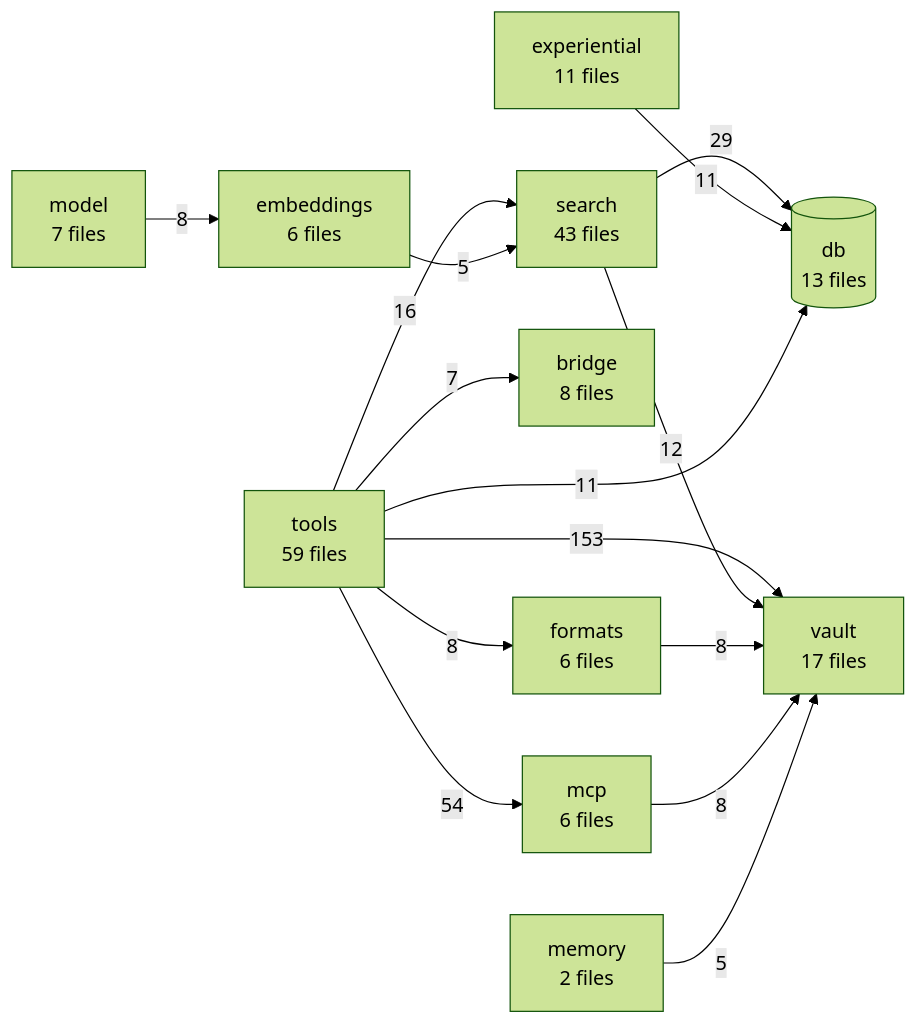
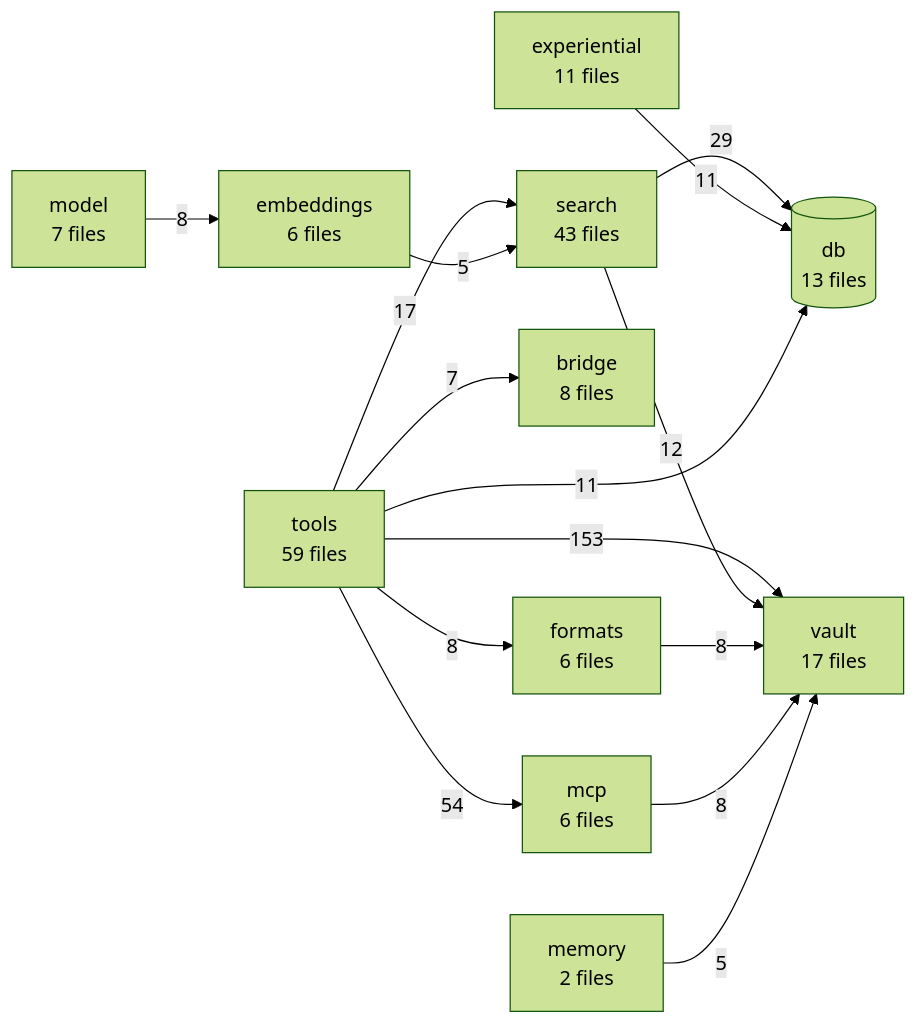
One commit to The-40-Thieves/obsidian-tc changed the diagram in TREE.md. Above: the diagram before and after it, drawn with Mermaid (forest theme). The commit also changed other lines of this file and 3 other files, not shown here.

````diff
--- a/TREE.md
+++ b/TREE.md
@@ -205,29 +205,29 @@
 ```mermaid
 flowchart LR
   tools[tools<br/>59 files]
   search[search<br/>43 files]
   vault[vault<br/>17 files]
   db[(db<br/>13 files)]
   experiential[experiential<br/>11 files]
   bridge[bridge<br/>8 files]
   model[model<br/>7 files]
   embeddings[embeddings<br/>6 files]
   formats[formats<br/>6 files]
   mcp[mcp<br/>6 files]
   memory[memory<br/>2 files]
 
   tools -->|153| vault
   tools -->|54| mcp
   search -->|29| db
-  tools -->|16| search
+  tools -->|17| search
   search -->|12| vault
   experiential -->|11| db
   tools -->|11| db
   formats -->|8| vault
   mcp -->|8| vault
   model -->|8| embeddings
   tools -->|8| formats
   tools -->|7| bridge
   embeddings -->|5| search
   memory -->|5| vault
 ```
````
